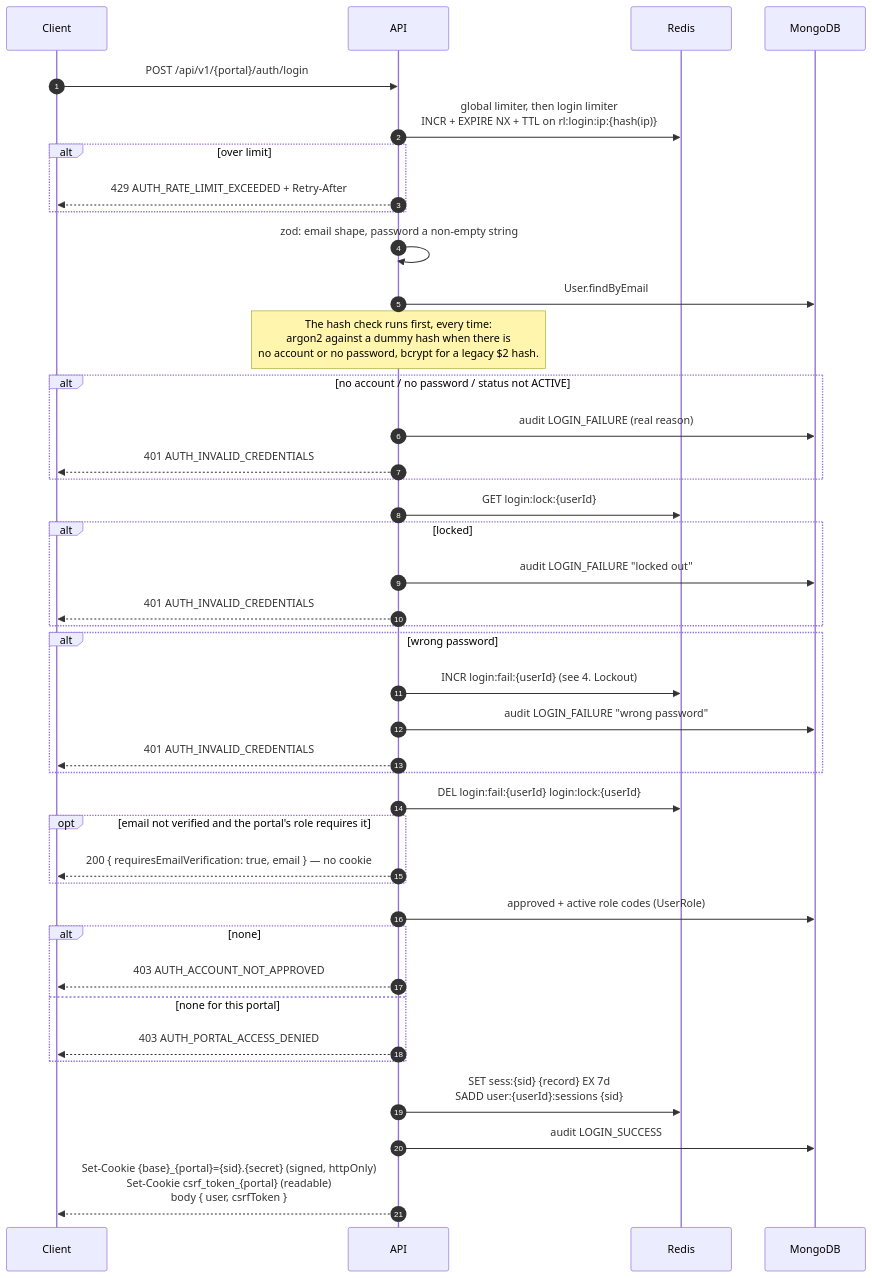
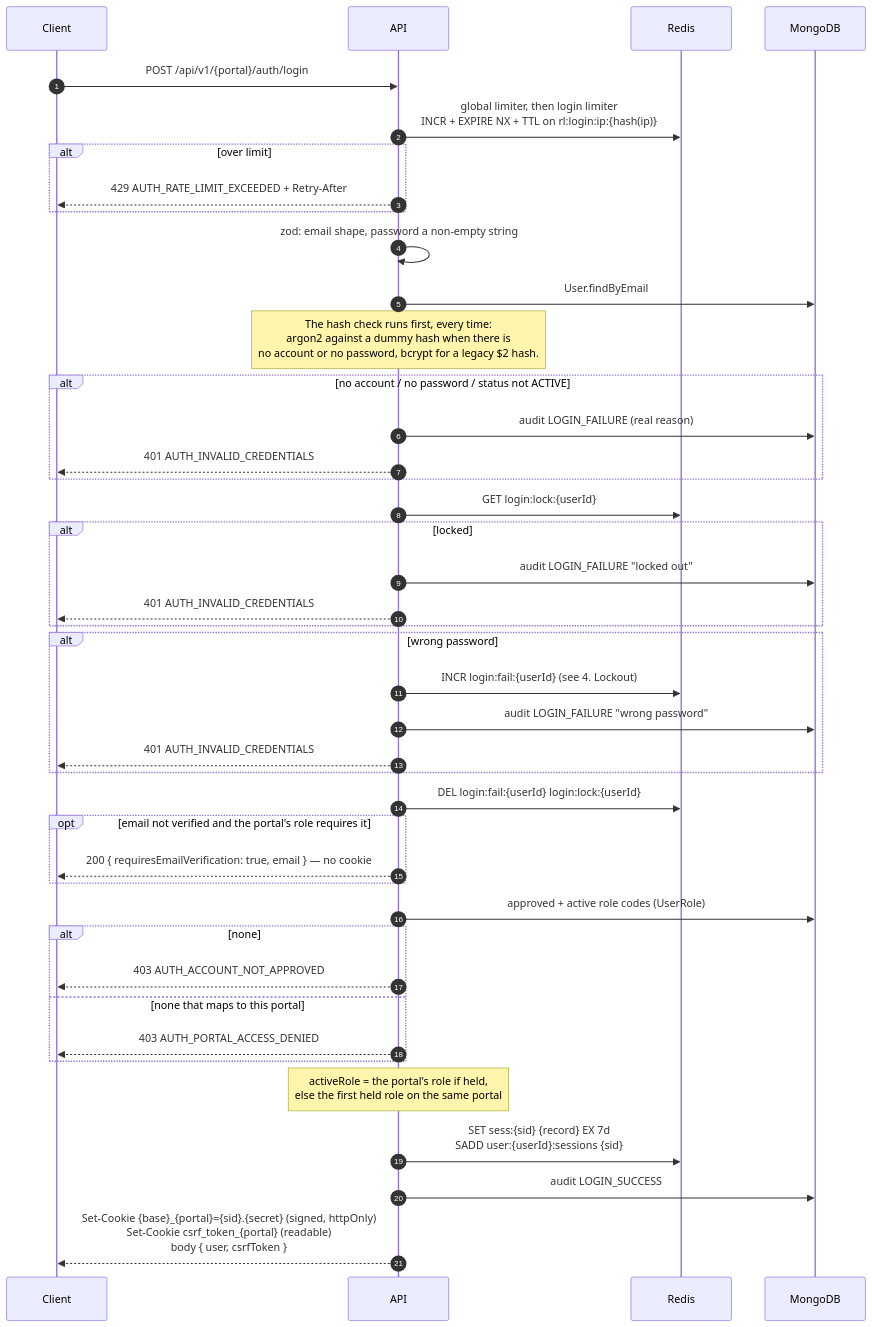
One commit to sufyan-devs/init-server-nodejs changed the first of 4 diagrams in docs/modules/auth/flows.md. Above: the diagram before and after it, drawn with Mermaid. The commit also changed other lines of this file and 42 other files, not shown here.

First line of the commit message:
Complete role lifecycle, portal-aware login and remaining fixes

````diff
--- a/docs/modules/auth/flows.md
+++ b/docs/modules/auth/flows.md
@@ -20,44 +20,45 @@
 ```mermaid
 sequenceDiagram
   autonumber
   participant C as Client
   participant A as API
   participant R as Redis
   participant M as MongoDB
 
   C->>A: POST /api/v1/{portal}/auth/login
   A->>R: global limiter, then login limiter<br/>INCR + EXPIRE NX + TTL on rl:login:ip:{hash(ip)}
   alt over limit
     A-->>C: 429 AUTH_RATE_LIMIT_EXCEEDED + Retry-After
   end
   A->>A: zod: email shape, password a non-empty string
   A->>M: User.findByEmail
   Note over A: The hash check runs first, every time:<br/>argon2 against a dummy hash when there is<br/>no account or no password, bcrypt for a legacy $2 hash.
   alt no account / no password / status not ACTIVE
     A->>M: audit LOGIN_FAILURE (real reason)
     A-->>C: 401 AUTH_INVALID_CREDENTIALS
   end
   A->>R: GET login:lock:{userId}
   alt locked
     A->>M: audit LOGIN_FAILURE "locked out"
     A-->>C: 401 AUTH_INVALID_CREDENTIALS
   end
   alt wrong password
     A->>R: INCR login:fail:{userId} (see 4. Lockout)
     A->>M: audit LOGIN_FAILURE "wrong password"
     A-->>C: 401 AUTH_INVALID_CREDENTIALS
   end
   A->>R: DEL login:fail:{userId} login:lock:{userId}
   opt email not verified and the portal's role requires it
     A-->>C: 200 { requiresEmailVerification: true, email } — no cookie
   end
   A->>M: approved + active role codes (UserRole)
   alt none
     A-->>C: 403 AUTH_ACCOUNT_NOT_APPROVED
-  else none for this portal
+  else none that maps to this portal
     A-->>C: 403 AUTH_PORTAL_ACCESS_DENIED
   end
+  Note over A: activeRole = the portal's role if held,<br/>else the first held role on the same portal
   A->>R: SET sess:{sid} {record} EX 7d<br/>SADD user:{userId}:sessions {sid}
   A->>M: audit LOGIN_SUCCESS
   A-->>C: Set-Cookie {base}_{portal}={sid}.{secret} (signed, httpOnly)<br/>Set-Cookie csrf_token_{portal} (readable)<br/>body { user, csrfToken }
 ```
````
